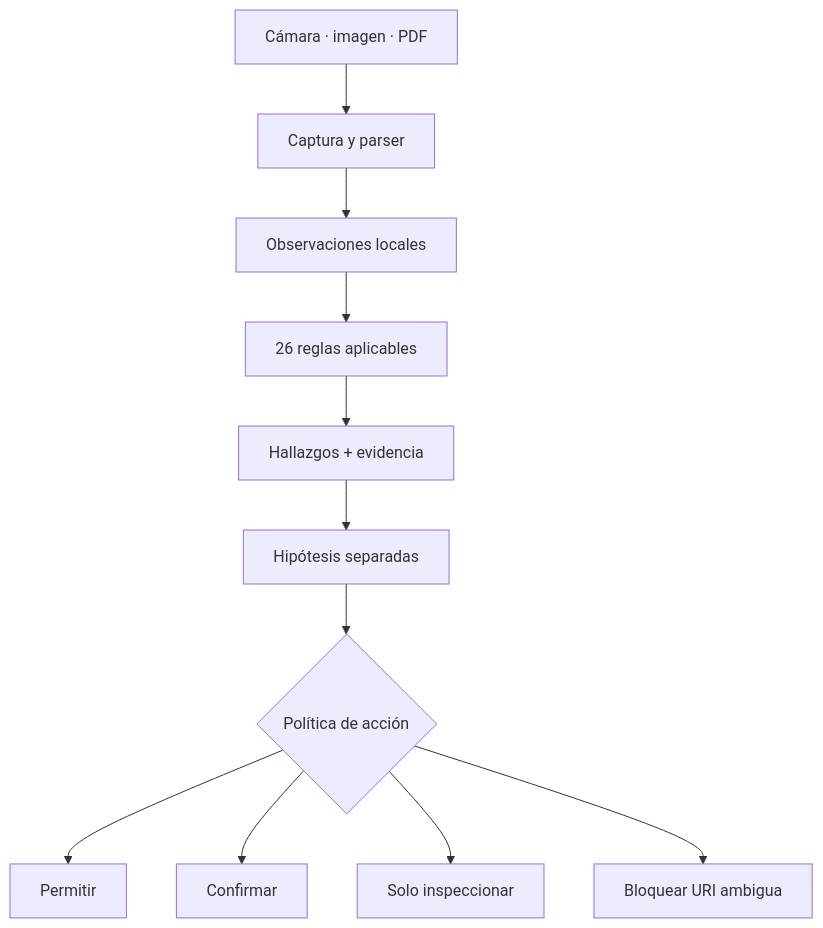
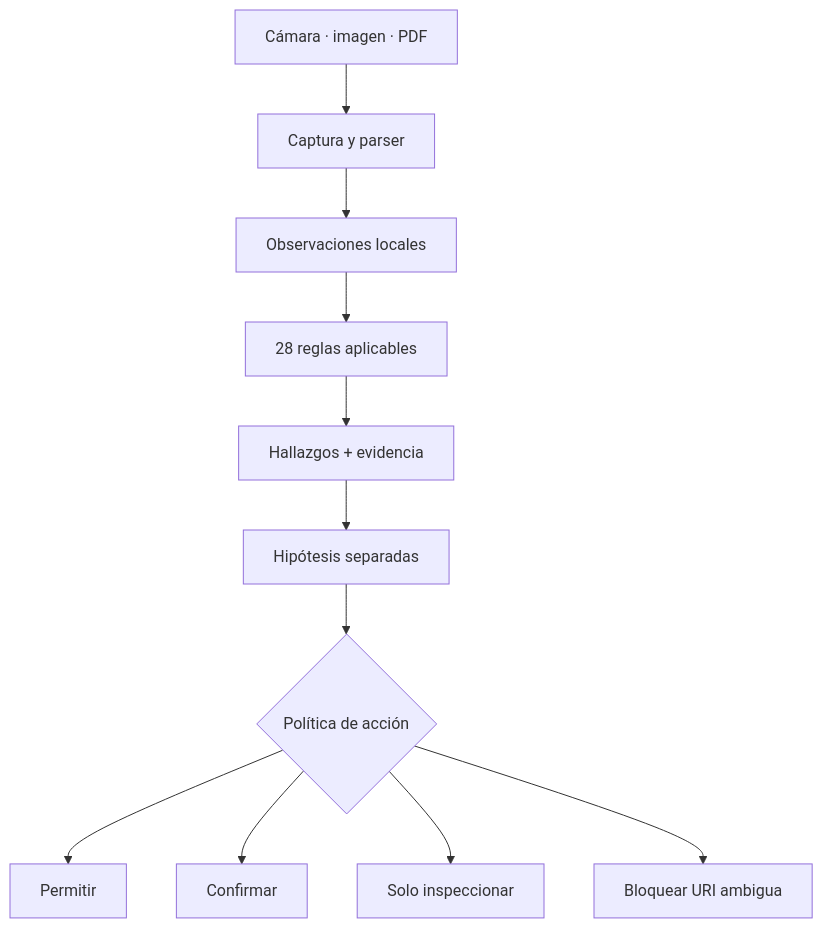
Before and after one commit to vladimiracunadev-create/rootcause-qr-inspector: the diagram in README.md, drawn with Mermaid. The commit also changed other lines of this file and 70 other files, not shown here.

````diff
--- a/README.md
+++ b/README.md
@@ -120,13 +125,13 @@
 ```mermaid
 flowchart TD
     A["Cámara · imagen · PDF"] --> B["Captura y parser"]
     B --> C["Observaciones locales"]
-    C --> D["26 reglas aplicables"]
+    C --> D["28 reglas aplicables"]
     D --> E["Hallazgos + evidencia"]
     E --> F["Hipótesis separadas"]
     F --> G{"Política de acción"}
     G --> H["Permitir"]
     G --> I["Confirmar"]
     G --> J["Solo inspeccionar"]
     G --> K["Bloquear URI ambigua"]
 ```
````
